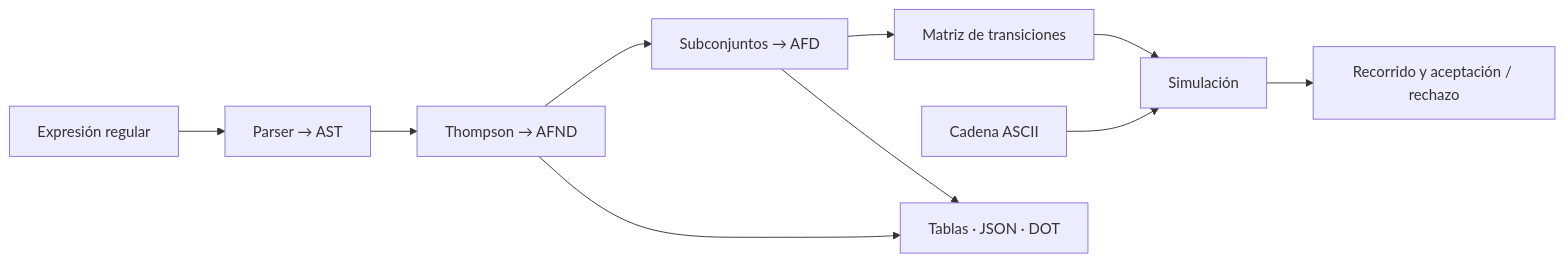
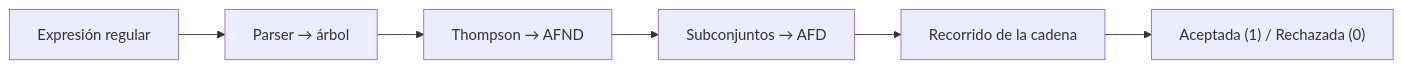
Before and after one commit to Medec92227/er-afd: the diagram in README.md, drawn with Mermaid. The commit also changed other lines of this file and 21 other files, not shown here.

````diff
--- a/README.md
+++ b/README.md
@@ -105,12 +134,8 @@
 ```mermaid
 flowchart LR
-    ER["Expresión regular"] --> P["Parser → AST"]
+    ER["Expresión regular"] --> P["Parser → árbol"]
     P --> T["Thompson → AFND"]
     T --> D["Subconjuntos → AFD"]
-    D --> M["Matriz de transiciones"]
-    C["Cadena ASCII"] --> S["Simulación"]
-    M --> S
-    S --> R["Recorrido y aceptación / rechazo"]
-    T --> O["Tablas · JSON · DOT"]
-    D --> O
+    D --> S["Recorrido de la cadena"]
+    S --> R["Aceptada (1) / Rechazada (0)"]
 ```
````
